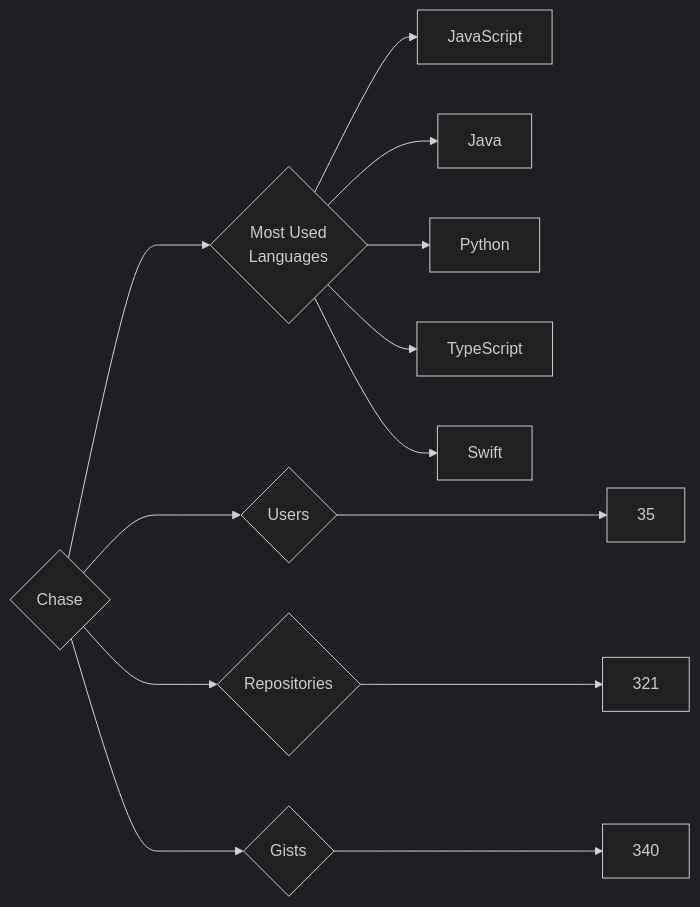
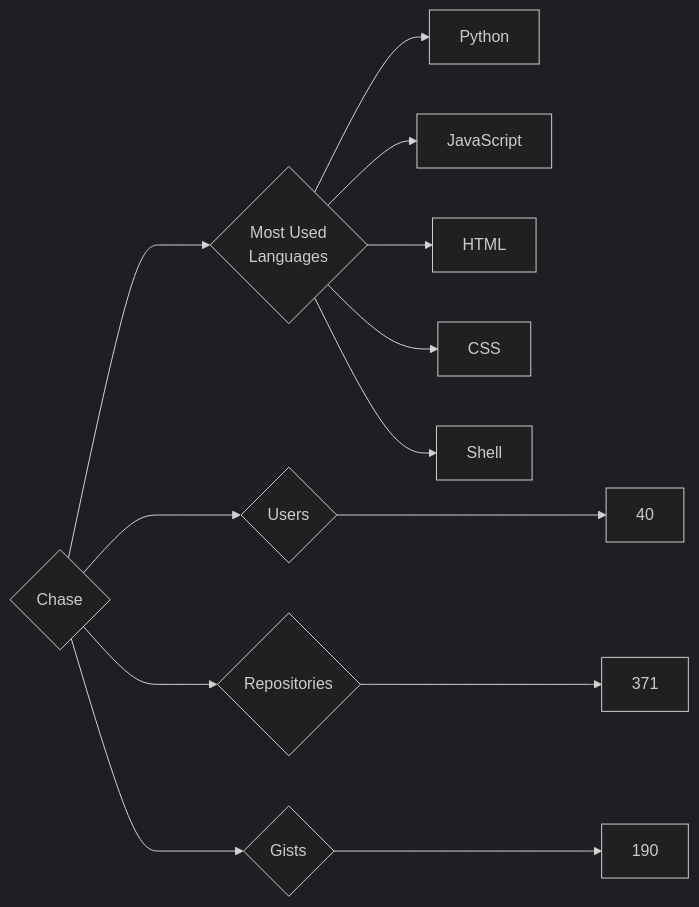
The diagram in targets/Chase/README.md (trickest/insiders), drawn with Mermaid (dark theme) before and after one commit. The commit also changed 772 other files, not shown here.

````diff
--- a/targets/Chase/README.md
+++ b/targets/Chase/README.md
@@ -3,13 +3,13 @@
 ```mermaid
 graph LR
 COMPANY_NAME{Chase}
-COMPANY_NAME ---> U{Users} ---> UN[35]
-COMPANY_NAME ---> R{Repositories} ---> RN[321]
-COMPANY_NAME ---> G{Gists} ---> GN[340]
+COMPANY_NAME ---> U{Users} ---> UN[40]
+COMPANY_NAME ---> R{Repositories} ---> RN[371]
+COMPANY_NAME ---> G{Gists} ---> GN[190]
 COMPANY_NAME ---> ML{Most Used<br>Languages}
+ML --> Python[Python]
 ML --> JavaScript[JavaScript]
-ML --> Java[Java]
-ML --> Python[Python]
-ML --> TypeScript[TypeScript]
-ML --> Swift[Swift]
+ML --> HTML[HTML]
+ML --> CSS[CSS]
+ML --> Shell[Shell]
 ```
````
